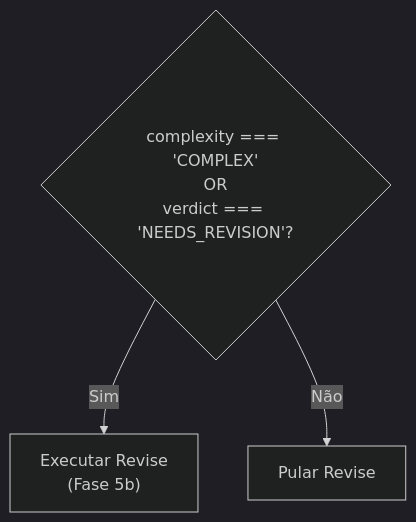
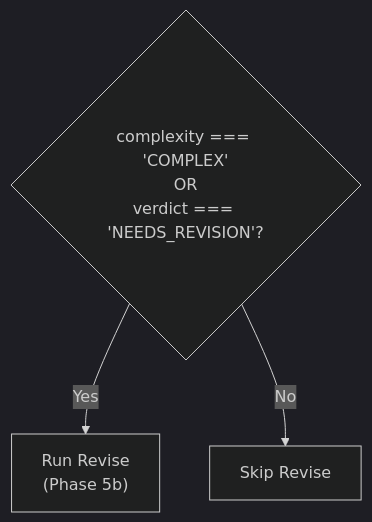
Before and after one commit to CyryxLabs/AEXOS: diagram 15 of 17 in docs/aexos-workflows/spec-pipeline-workflow.md, drawn with Mermaid (dark theme). The commit also changed other lines of this file and 528 other files, not shown here.

````diff
--- a/docs/aexos-workflows/spec-pipeline-workflow.md
+++ b/docs/aexos-workflows/spec-pipeline-workflow.md
@@ -860,6 +860,6 @@
 ```mermaid
 flowchart TB
     D4{"complexity === 'COMPLEX'<br/>OR<br/>verdict === 'NEEDS_REVISION'?"}
-    D4 -->|Sim| RUN["Executar Revise<br/>(Fase 5b)"]
-    D4 -->|Não| SKIP["Pular Revise"]
+    D4 -->|Yes| RUN["Run Revise<br/>(Phase 5b)"]
+    D4 -->|No| SKIP["Skip Revise"]
 ```
````
